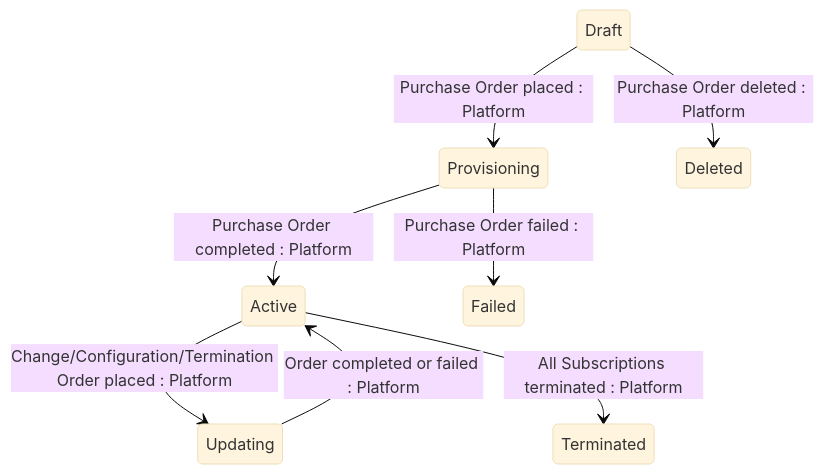
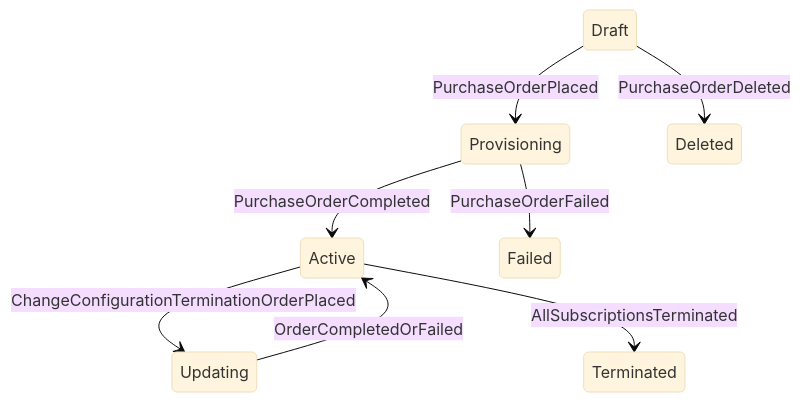
One commit to mikhailtchesnokov/gitbook changed the diagram in developer-resources/rest-api/commerce-api/agreement/state-diagram.md. Above: the diagram before and after it, drawn with Mermaid (base theme). The commit also changed 151 other files, not shown here.

````diff
--- a/developer-resources/rest-api/commerce-api/agreement/state-diagram.md
+++ b/developer-resources/rest-api/commerce-api/agreement/state-diagram.md
@@ -13,10 +13,10 @@
 ```mermaid
 stateDiagram-v2
-    Draft --> Provisioning : Purchase Order placed : Platform
-    Draft --> Deleted : Purchase Order deleted : Platform
-    Provisioning --> Active : Purchase Order completed : Platform
-    Provisioning --> Failed : Purchase Order failed : Platform
-    Active --> Updating : Change/Configuration/Termination Order placed : Platform
-    Updating --> Active : Order completed or failed : Platform
-    Active --> Terminated : All Subscriptions terminated : Platform
+    Draft --> Provisioning : PurchaseOrderPlaced
+    Draft --> Deleted : PurchaseOrderDeleted
+    Provisioning --> Active : PurchaseOrderCompleted
+    Provisioning --> Failed : PurchaseOrderFailed
+    Active --> Updating : ChangeConfigurationTerminationOrderPlaced
+    Updating --> Active : OrderCompletedOrFailed
+    Active --> Terminated : AllSubscriptionsTerminated
 ```
````
